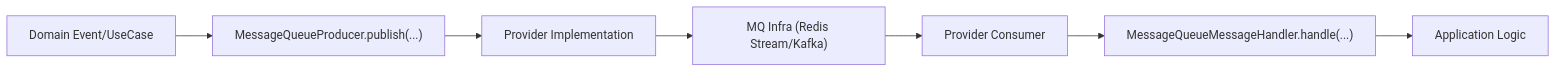
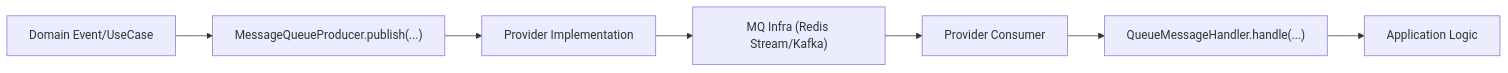
The fourth of 4 diagrams in docs/spec/tech/message-queue/README.md (100-hours-a-week/3-team-Tasteam-be), drawn with Mermaid before and after one commit. The commit also changed other lines of this file and 52 other files, not shown here.

````diff
--- a/docs/spec/tech/message-queue/README.md
+++ b/docs/spec/tech/message-queue/README.md
@@ -128,9 +128,9 @@
 ```mermaid
 flowchart LR
     A["Domain Event/UseCase"] --> B["MessageQueueProducer.publish(...)"]
     B --> C["Provider Implementation"]
     C --> D["MQ Infra (Redis Stream/Kafka)"]
     D --> E["Provider Consumer"]
-    E --> F["MessageQueueMessageHandler.handle(...)"]
+    E --> F["QueueMessageHandler.handle(...)"]
     F --> G["Application Logic"]
 ```
````
